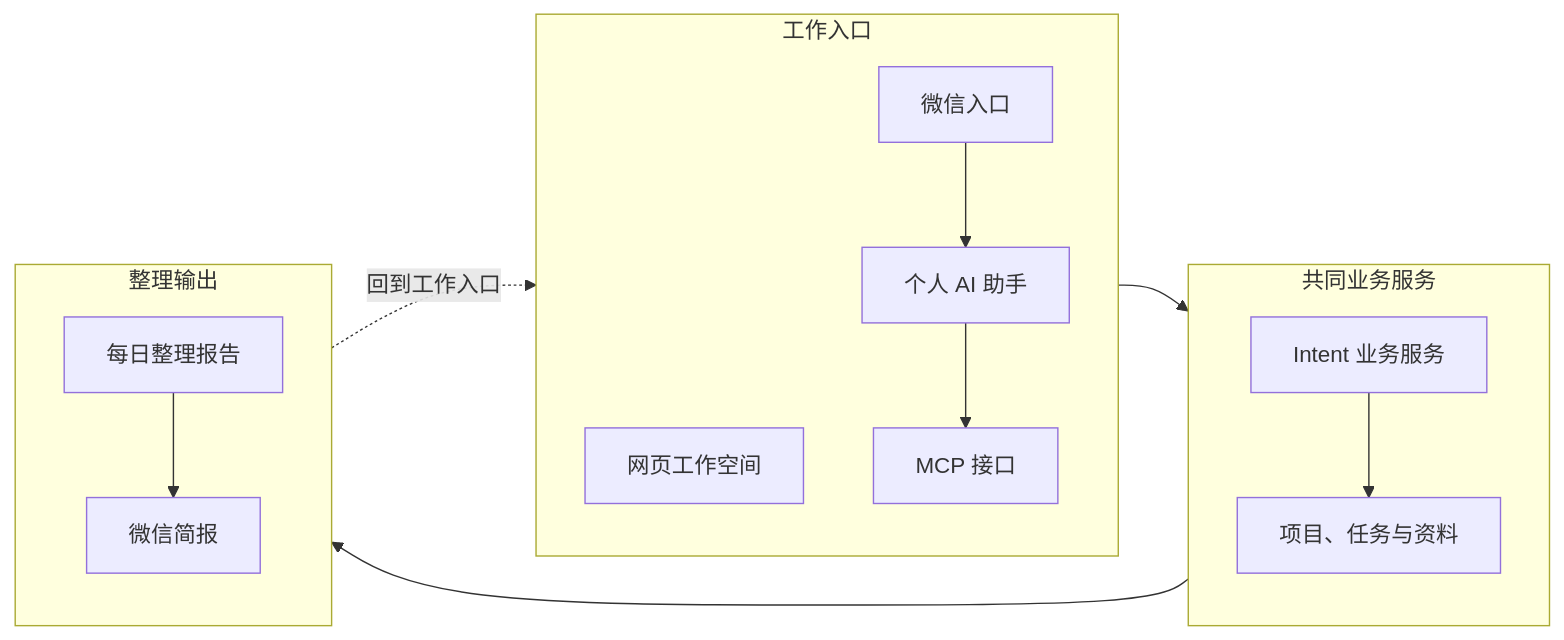
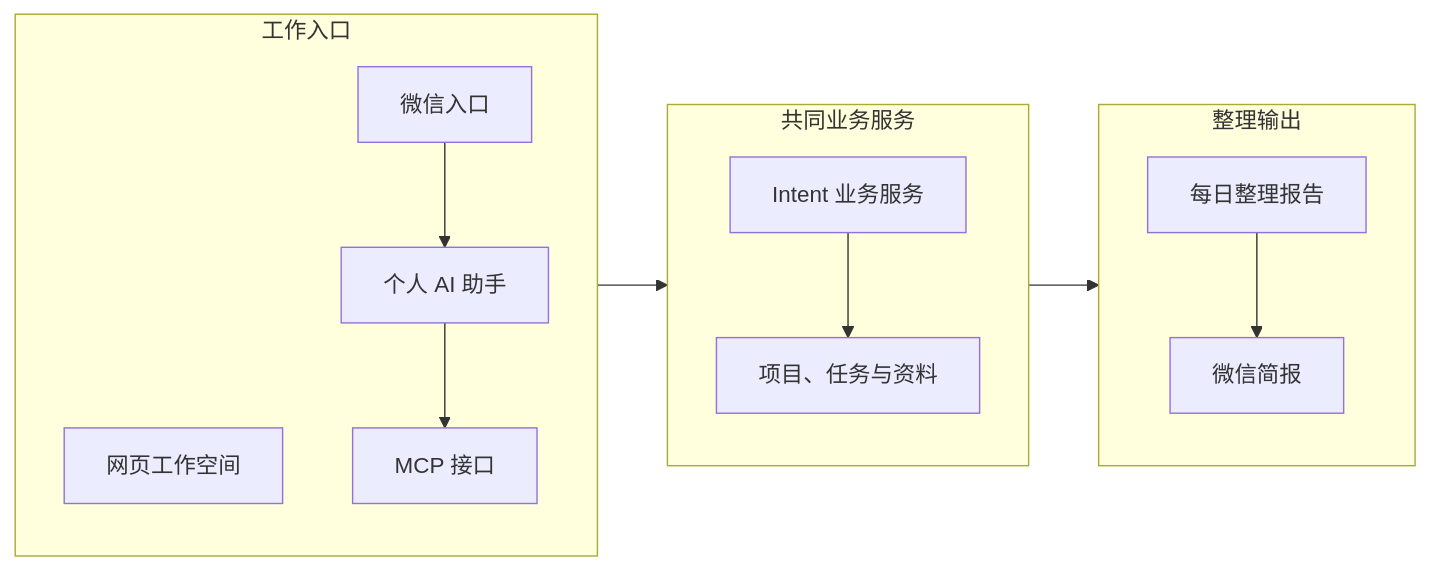
Before and after one commit to cytlabs/personal-site: the second of 2 diagrams in content/cases/intent.md, drawn with Mermaid. The commit also changed other lines of this file and 8 other files, not shown here.

Commit message:
完善图表阅读顺序与语义换行

````diff
--- a/content/cases/intent.md
+++ b/content/cases/intent.md
@@ -42,18 +42,17 @@
 ```mermaid
 flowchart LR
     subgraph ENTRY["工作入口"]
         direction TB
         W["网页工作空间"]
         C["微信入口"] --> A["个人 AI 助手"] --> M["MCP 接口"]
     end
     subgraph SERVICE["共同业务服务"]
         direction TB
         S["Intent 业务服务"] --> D["项目、任务与资料"]
     end
     subgraph REPORT["整理输出"]
         direction TB
         R["每日整理报告"] --> N["微信简报"]
     end
     ENTRY --> SERVICE --> REPORT
-    REPORT -.->|回到工作入口| ENTRY
 ```
````
